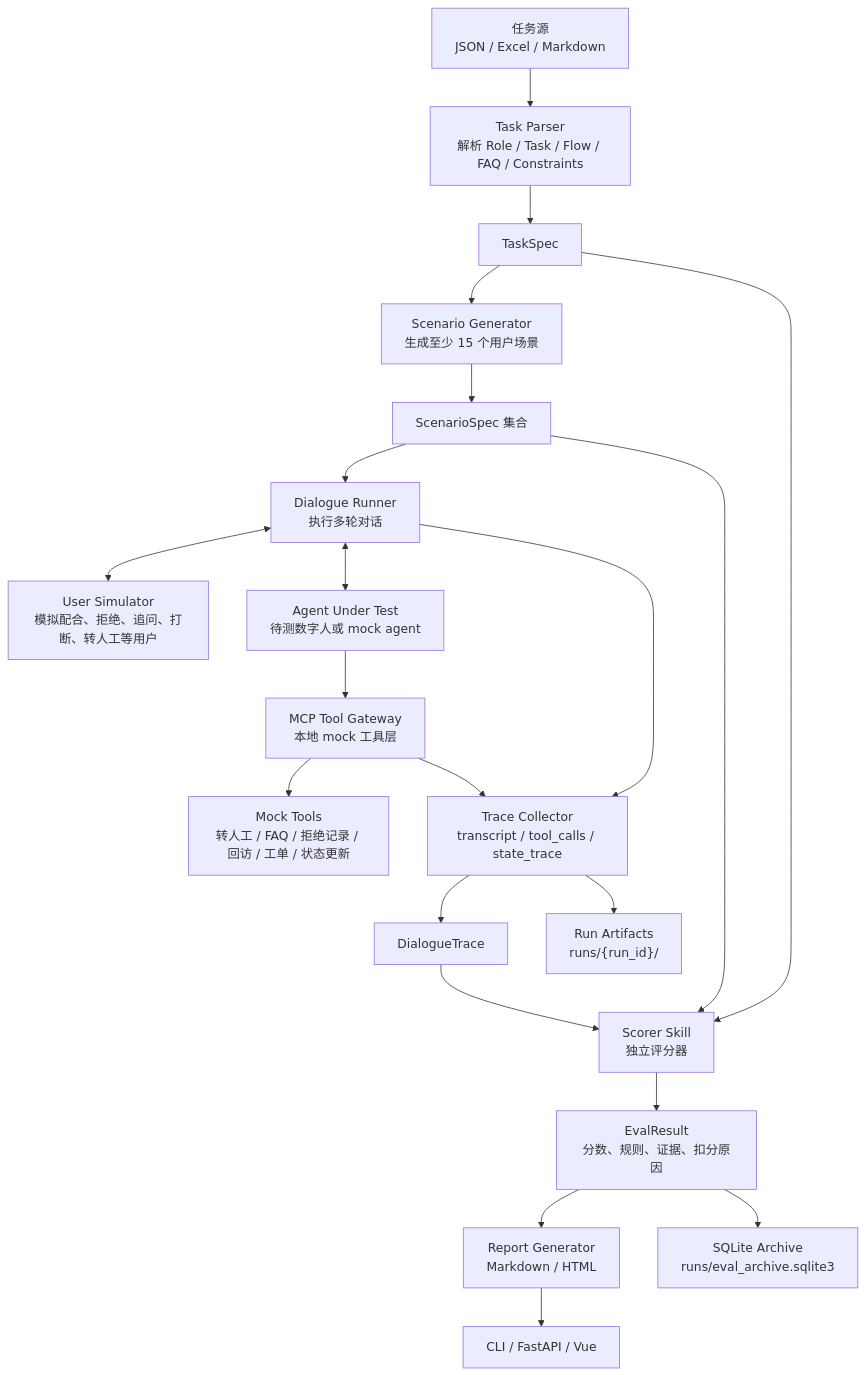
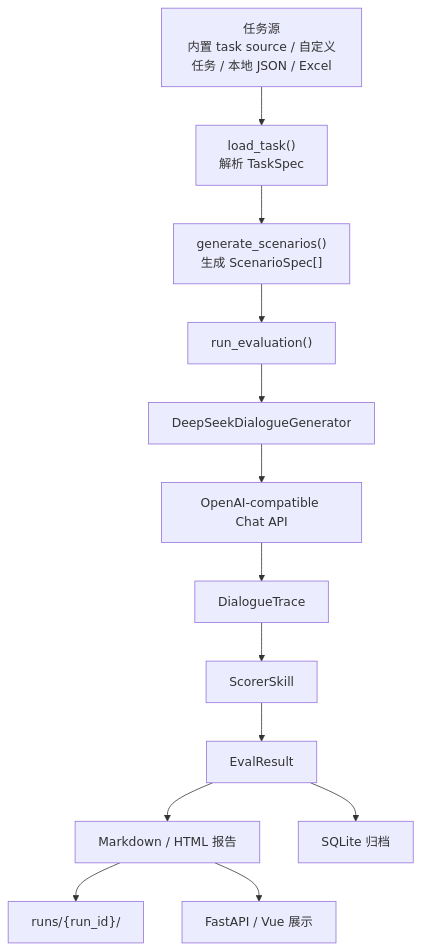
The diagram in docs/dialogue-eval-plan.md (lvcheng314/Multi-turn_dialogue_evaluation1111), drawn with Mermaid before and after one commit. The commit also changed other lines of this file and 14 other files, not shown here.

````diff
--- a/docs/dialogue-eval-plan.md
+++ b/docs/dialogue-eval-plan.md
@@ -32,23 +11,15 @@
 ```mermaid
 flowchart TD
-    A["任务源<br/>JSON / Excel / Markdown"] --> B["Task Parser<br/>解析 Role / Task / Flow / FAQ / Constraints"]
-    B --> C["TaskSpec"]
-    C --> D["Scenario Generator<br/>生成至少 15 个用户场景"]
-    D --> E["ScenarioSpec 集合"]
-    E --> F["Dialogue Runner<br/>执行多轮对话"]
-    F <--> G["User Simulator<br/>模拟配合、拒绝、追问、打断、转人工等用户"]
-    F <--> H["Agent Under Test<br/>待测数字人或 mock agent"]
-    H --> I["MCP Tool Gateway<br/>本地 mock 工具层"]
-    I --> J["Mock Tools<br/>转人工 / FAQ / 拒绝记录 / 回访 / 工单 / 状态更新"]
-    F --> K["Trace Collector<br/>transcript / tool_calls / state_trace"]
-    I --> K
-    K --> L["DialogueTrace"]
-    L --> M["Scorer Skill<br/>独立评分器"]
-    C --> M
-    E --> M
-    M --> N["EvalResult<br/>分数、规则、证据、扣分原因"]
-    N --> O["Report Generator<br/>Markdown / HTML"]
-    O --> P["CLI / FastAPI / Vue"]
-    N --> Q["SQLite Archive<br/>runs/eval_archive.sqlite3"]
-    K --> R["Run Artifacts<br/>runs/{run_id}/"]
+    A["任务源<br/>内置 task source / 自定义任务 / 本地 JSON / Excel"] --> B["load_task()<br/>解析 TaskSpec"]
+    B --> C["generate_scenarios()<br/>生成 ScenarioSpec[]"]
+    C --> D["run_evaluation()"]
+    D --> E["DeepSeekDialogueGenerator"]
+    E --> F["OpenAI-compatible Chat API"]
+    F --> G["DialogueTrace"]
+    G --> H["ScorerSkill"]
+    H --> I["EvalResult"]
+    I --> J["Markdown / HTML 报告"]
+    J --> K["runs/{run_id}/"]
+    I --> L["SQLite 归档"]
+    J --> M["FastAPI / Vue 展示"]
 ```
````
